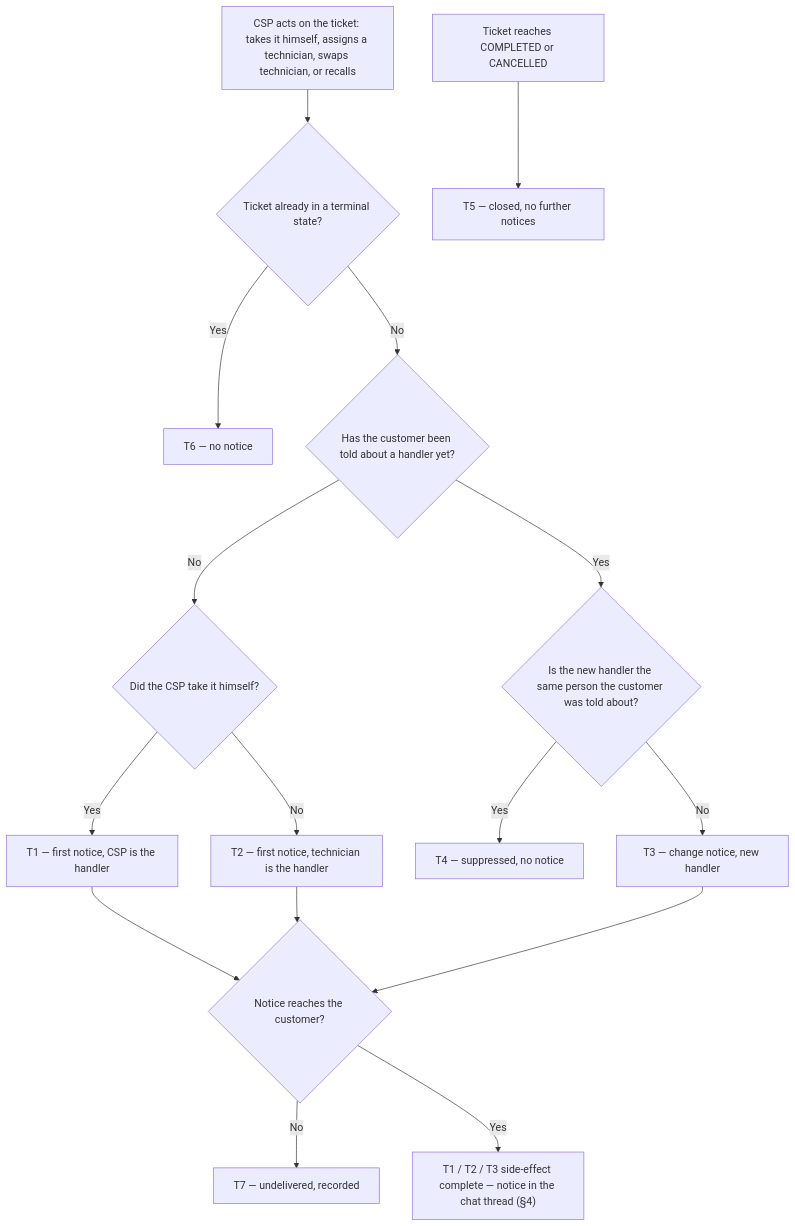
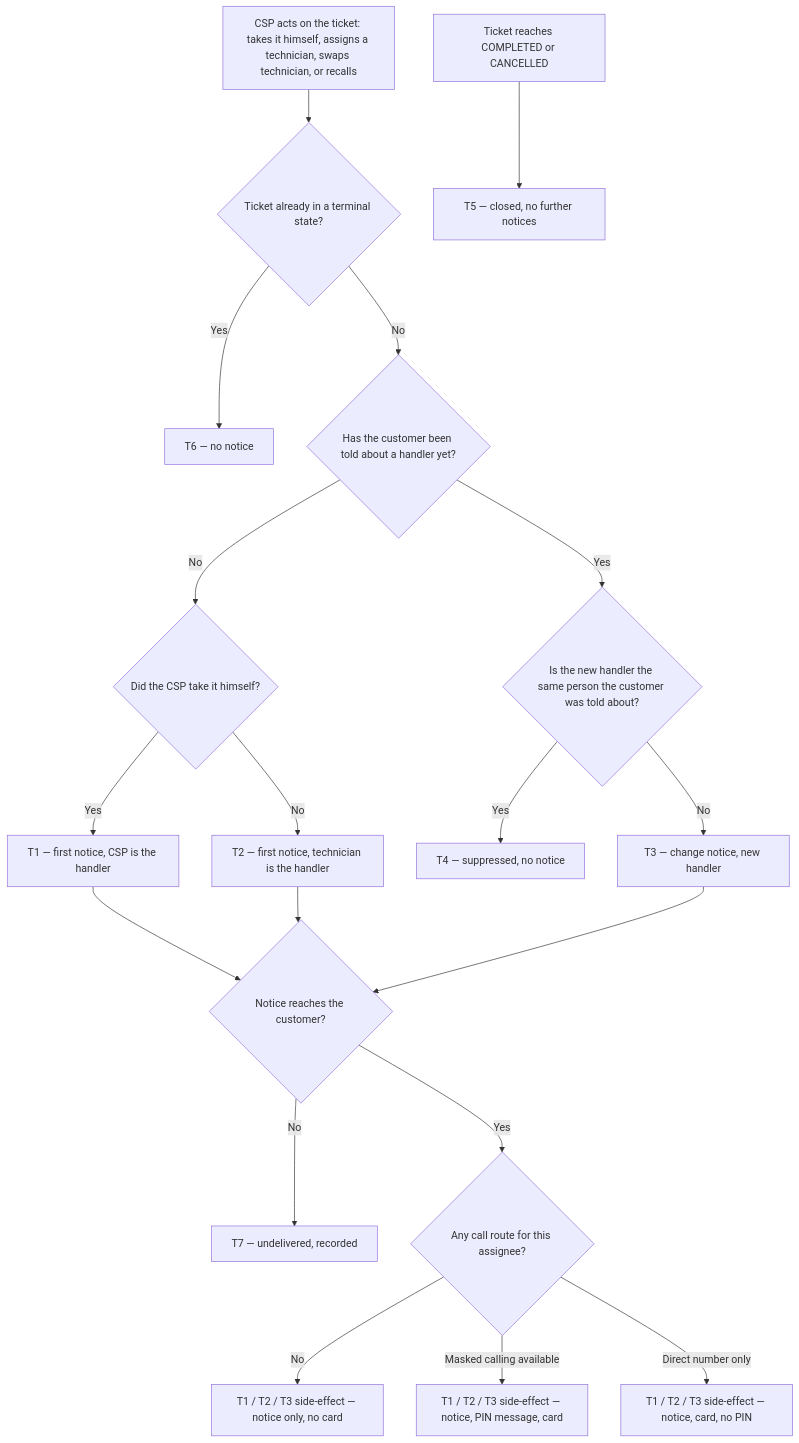
One commit to ashish-raj-wiom/service-ticket-handler-notice-prd changed the diagram in Service_Ticket_Handler_Notice_PRD.md. Above: the diagram before and after it, drawn with Mermaid. The commit also changed other lines of this file and 1 other file, not shown here.

First line of the commit message:
Notice copy, contact card and the assignee's own number

````diff
--- a/Service_Ticket_Handler_Notice_PRD.md
+++ b/Service_Ticket_Handler_Notice_PRD.md
@@ -57,18 +58,21 @@
 ```mermaid
 flowchart TD
     A["CSP acts on the ticket: takes it himself, assigns a technician, swaps technician, or recalls"] --> B{"Ticket already in a terminal state?"}
     B -- "Yes" --> C["T6 — no notice"]
     B -- "No" --> D{"Has the customer been told about a handler yet?"}
     D -- "No" --> D2{"Did the CSP take it himself?"}
     D2 -- "Yes" --> E["T1 — first notice, CSP is the handler"]
     D2 -- "No" --> F["T2 — first notice, technician is the handler"]
     D -- "Yes" --> G{"Is the new handler the same person the customer was told about?"}
     G -- "Yes" --> H["T4 — suppressed, no notice"]
     G -- "No" --> I["T3 — change notice, new handler"]
     J["Ticket reaches COMPLETED or CANCELLED"] --> K["T5 — closed, no further notices"]
     E --> L{"Notice reaches the customer?"}
     F --> L
     I --> L
     L -- "No" --> M["T7 — undelivered, recorded"]
-    L -- "Yes" --> N["T1 / T2 / T3 side-effect complete — notice in the chat thread (§4)"]
+    L -- "Yes" --> O{"Any call route for this assignee?"}
+    O -- "No" --> P["T1 / T2 / T3 side-effect — notice only, no card"]
+    O -- "Masked calling available" --> Q["T1 / T2 / T3 side-effect — notice, PIN message, card"]
+    O -- "Direct number only" --> R["T1 / T2 / T3 side-effect — notice, card, no PIN"]
 ```
````
